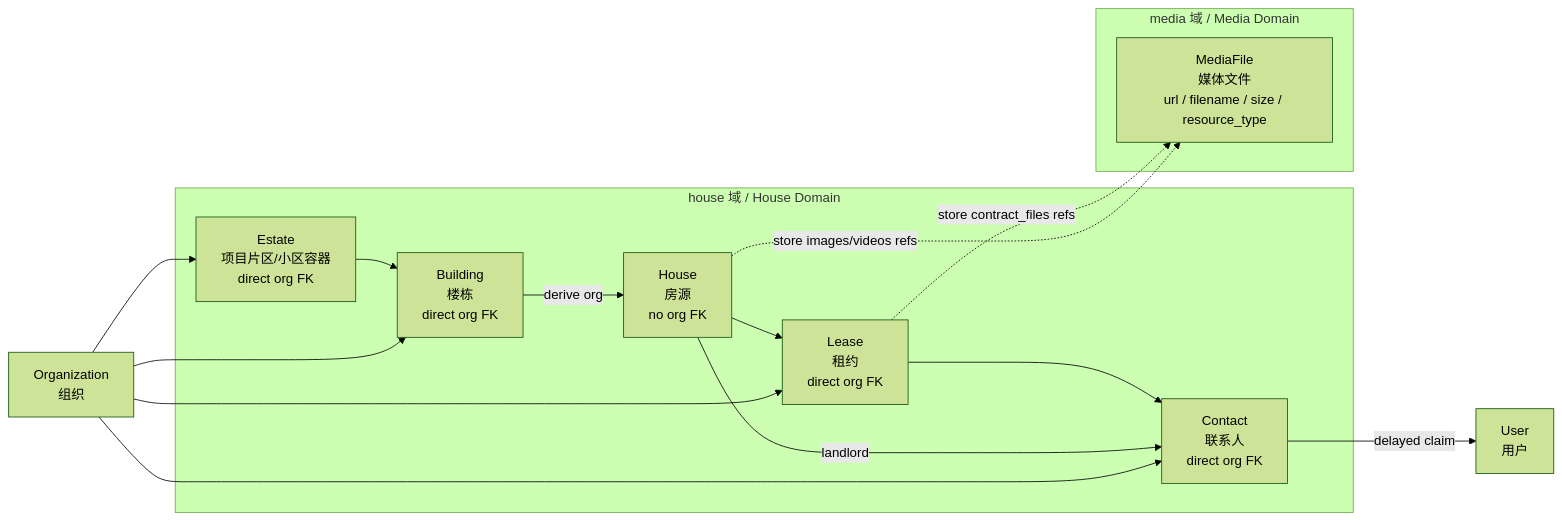
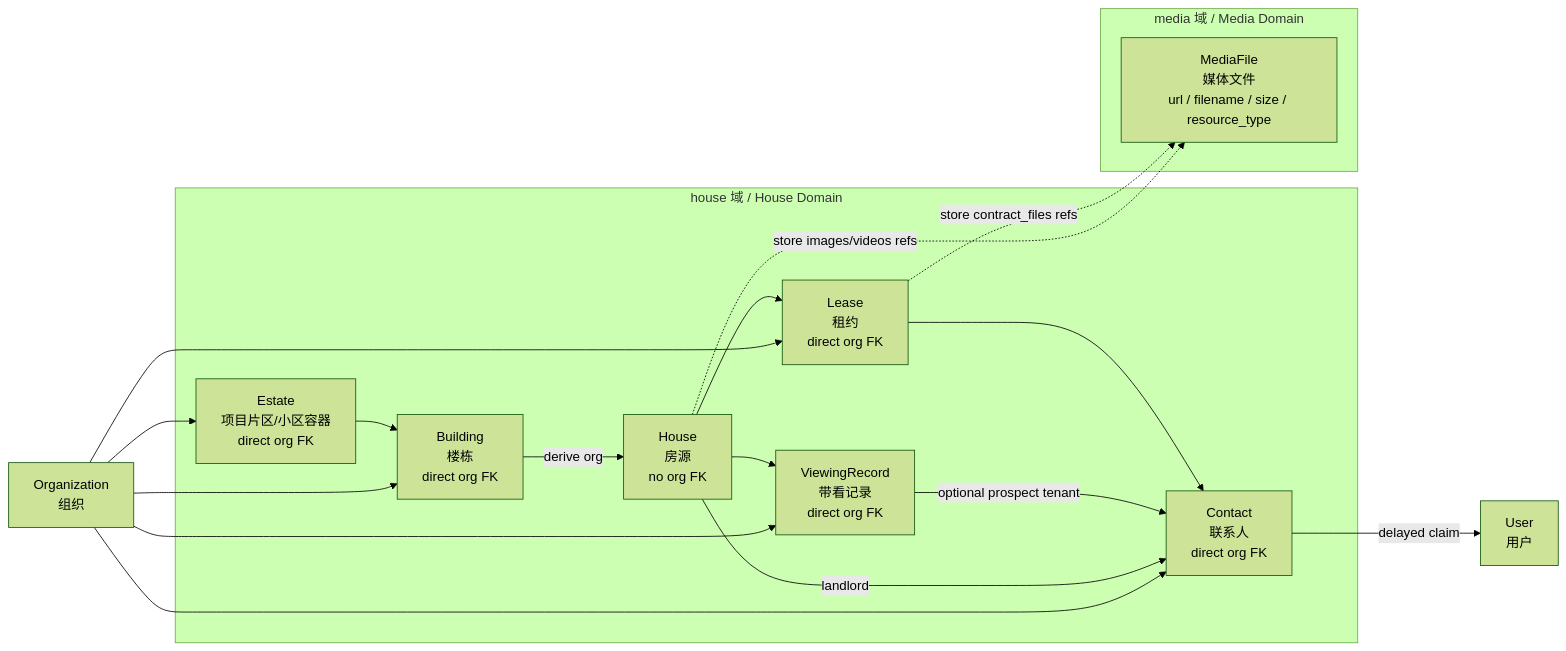
One commit to ol0o0lo/linkcloud-space changed the fifth of 6 diagrams in openspec/changes/property-rental-management/design.md. Above: the diagram before and after it, drawn with Mermaid (forest theme). The commit also changed other lines of this file and 8 other files, not shown here.

````diff
--- a/openspec/changes/property-rental-management/design.md
+++ b/openspec/changes/property-rental-management/design.md
@@ -333,32 +375,36 @@
 ```mermaid
 flowchart LR
     subgraph house_domain["house 域 / House Domain"]
         estate2["Estate<br/>项目片区/小区容器<br/>direct org FK"]
         building2["Building<br/>楼栋<br/>direct org FK"]
         house2["House<br/>房源<br/>no org FK"]
         contact2["Contact<br/>联系人<br/>direct org FK"]
+        viewing2["ViewingRecord<br/>带看记录<br/>direct org FK"]
         lease2["Lease<br/>租约<br/>direct org FK"]
     end
 
     subgraph media_domain["media 域 / Media Domain"]
         media2["MediaFile<br/>媒体文件<br/>url / filename / size / resource_type"]
     end
 
     org2["Organization<br/>组织"]
     user2["User<br/>用户"]
 
     org2 --> estate2
     org2 --> building2
     org2 --> contact2
+    org2 --> viewing2
     org2 --> lease2
 
     estate2 --> building2
     building2 -->|"derive org"| house2
     house2 -->|"landlord"| contact2
+    house2 --> viewing2
+    viewing2 -->|"optional prospect tenant"| contact2
     house2 --> lease2
     lease2 --> contact2
     contact2 -->|"delayed claim"| user2
 
     house2 -.->|"store images/videos refs"| media2
     lease2 -.->|"store contract_files refs"| media2
 ```
````
